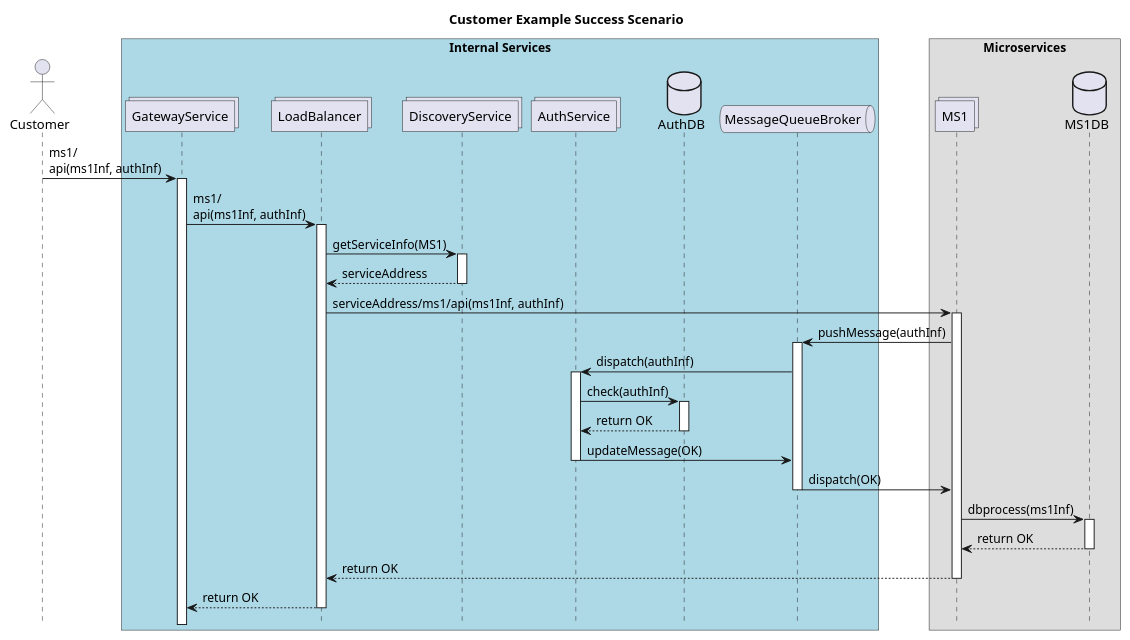
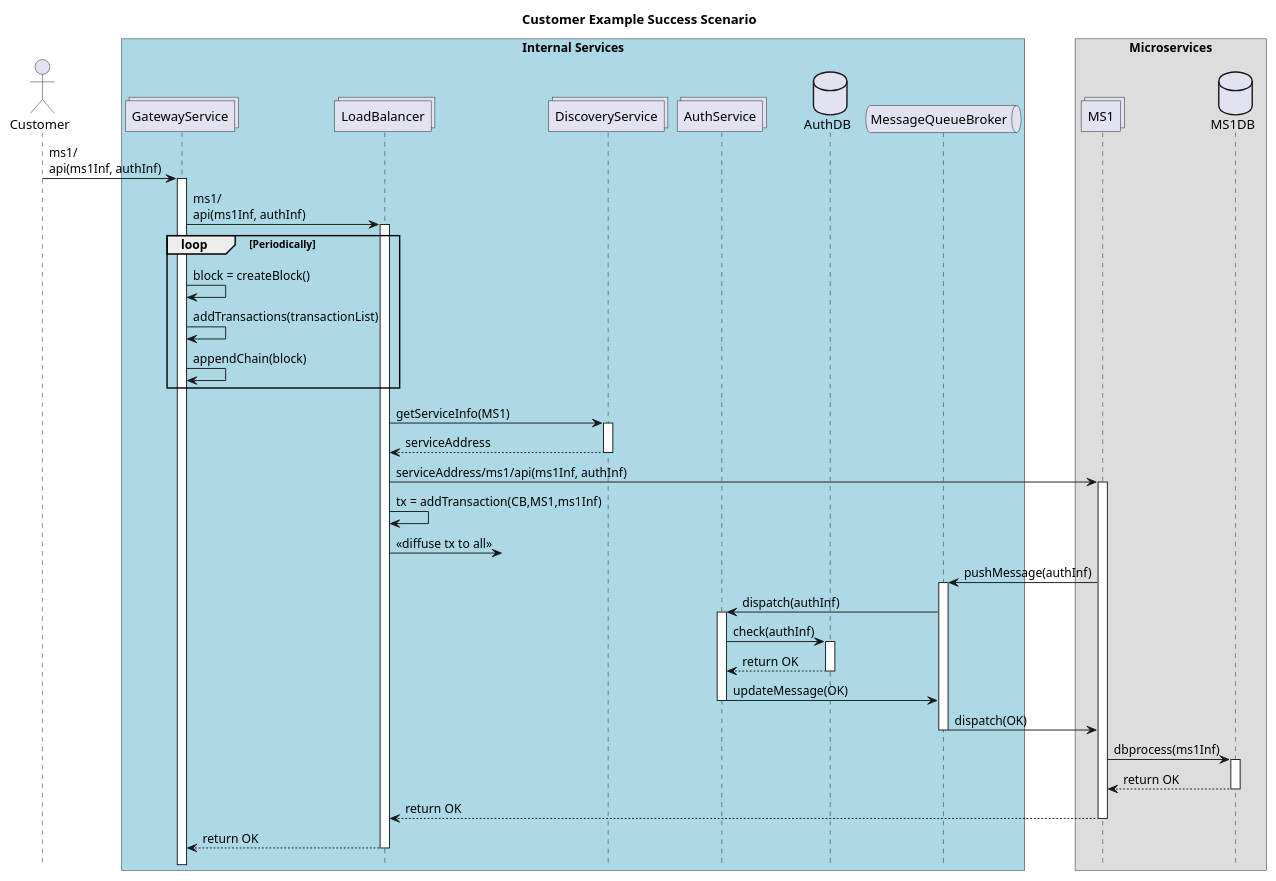
The diagram in 03 Client Example Success.wsd (naimyurek/microblockthesis), drawn with PlantUML before and after one commit. The commit also changed 7 other files, not shown here.

```diff
--- a/03 Client Example Success.wsd
+++ b/03 Client Example Success.wsd
@@ -1,40 +1,47 @@
 @startuml CustomerRegistrationScenario
 !pragma teoz true
 
 title "Customer Example Success Scenario"
 
 hide footbox
 actor Customer
 
 
 box "Internal Services" #LightBlue
 collections GatewayService
 collections LoadBalancer
 collections DiscoveryService
 collections AuthService
 database AuthDB
 queue MessageQueueBroker
 end box
 
 box "Microservices"
 collections MS1
 database MS1DB
 end box
 
 Customer -> GatewayService ++ : ms1/\napi(ms1Inf, authInf)
 GatewayService -> LoadBalancer ++ : ms1/\napi(ms1Inf, authInf)
+loop Periodically
+GatewayService -> GatewayService : block = createBlock()
+GatewayService -> GatewayService : addTransactions(transactionList)
+GatewayService -> GatewayService : appendChain(block)
+end
 LoadBalancer -> DiscoveryService ++ : getServiceInfo(MS1)
 return serviceAddress 
 LoadBalancer -> MS1 ++ : serviceAddress/ms1/api(ms1Inf, authInf)
+LoadBalancer -> LoadBalancer: tx = addTransaction(CB,MS1,ms1Inf)
+LoadBalancer ->? : << diffuse tx to all >>
 MS1 -> MessageQueueBroker ++ : pushMessage(authInf)
 MessageQueueBroker -> AuthService ++ : dispatch(authInf)
 AuthService -> AuthDB ++ : check(authInf)
 return return OK 
 AuthService -> MessageQueueBroker -- : updateMessage(OK)
 MessageQueueBroker -> MS1 -- : dispatch(OK)
 MS1 -> MS1DB ++: dbprocess(ms1Inf)
 return return OK 
 return return OK 
 return return OK 
 
 @enduml
```
